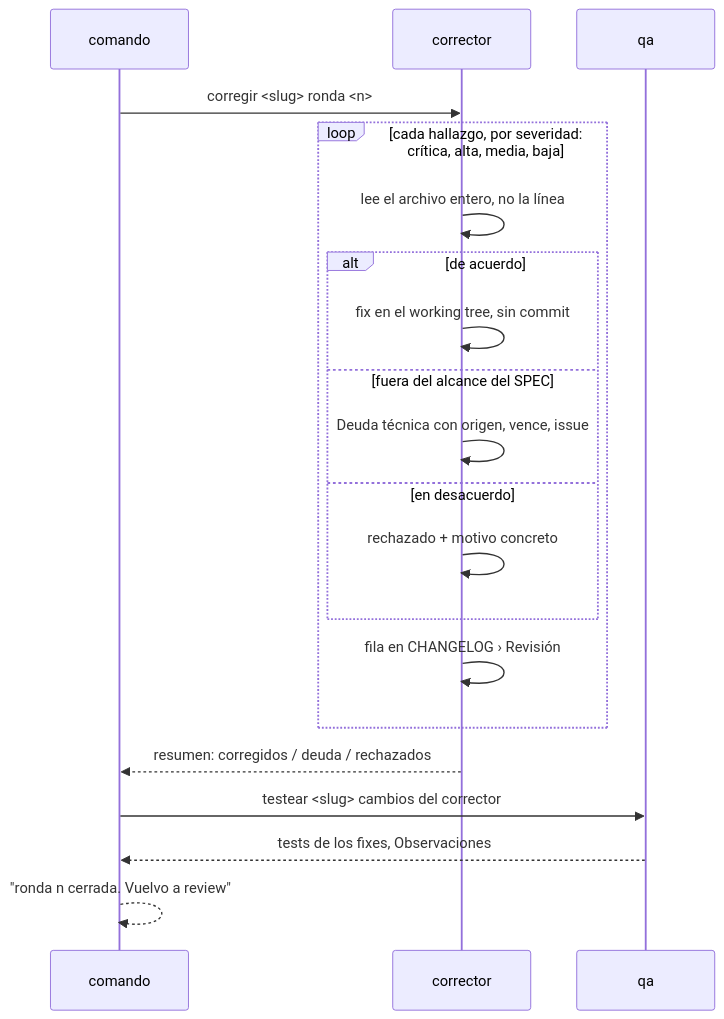
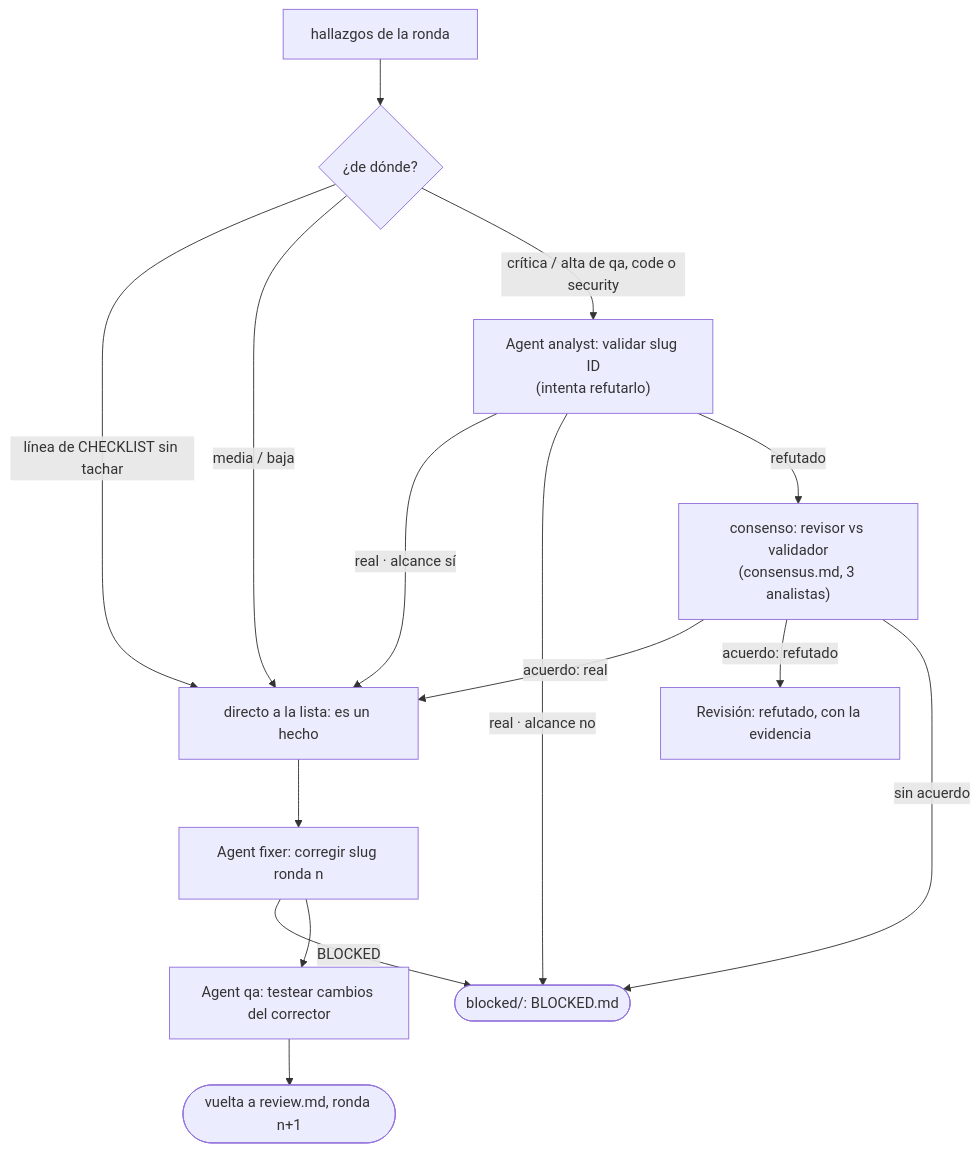
Before and after one commit to octavio-parozlabs/mindstack: the diagram in skills/workflow/references/fix.md, drawn with Mermaid. The commit also changed other lines of this file and 44 other files, not shown here.

````diff
--- a/skills/workflow/references/fix.md
+++ b/skills/workflow/references/fix.md
@@ -5,22 +5,17 @@
 ```mermaid
-sequenceDiagram
-    participant C as comando
-    participant F as corrector
-    participant Q as qa
-    C->>F: corregir <slug> ronda <n>
-    loop cada hallazgo, por severidad: crítica, alta, media, baja
-        F->>F: lee el archivo entero, no la línea
-        alt de acuerdo
-            F->>F: fix en el working tree, sin commit
-        else fuera del alcance del SPEC
-            F->>F: Deuda técnica con origen, vence, issue
-        else en desacuerdo
-            F->>F: rechazado + motivo concreto
-        end
-        F->>F: fila en CHANGELOG › Revisión
-    end
-    F-->>C: resumen: corregidos / deuda / rechazados
-    C->>Q: testear <slug> cambios del corrector
-    Q-->>C: tests de los fixes, Observaciones
-    C-->>C: "ronda n cerrada. Vuelvo a review"
+flowchart TD
+    H["hallazgos de la ronda"] --> T{¿de dónde?}
+    T -- "línea de CHECKLIST sin tachar" --> L[directo a la lista: es un hecho]
+    T -- "media / baja" --> L
+    T -- "crítica / alta de qa, code o security" --> V["Agent analyst: validar slug ID<br/>(intenta refutarlo)"]
+    V -- "real · alcance sí" --> L
+    V -- "real · alcance no" --> BL
+    V -- refutado --> C["consenso: revisor vs validador<br/>(consensus.md, 3 analistas)"]
+    C -- "acuerdo: real" --> L
+    C -- "acuerdo: refutado" --> R["Revisión: refutado, con la evidencia"]
+    C -- sin acuerdo --> BL([blocked/: BLOCKED.md])
+    L --> F["Agent fixer: corregir slug ronda n"]
+    F -- BLOCKED --> BL
+    F --> Q["Agent qa: testear cambios del corrector"]
+    Q --> RV([vuelta a review.md, ronda n+1])
 ```
````
